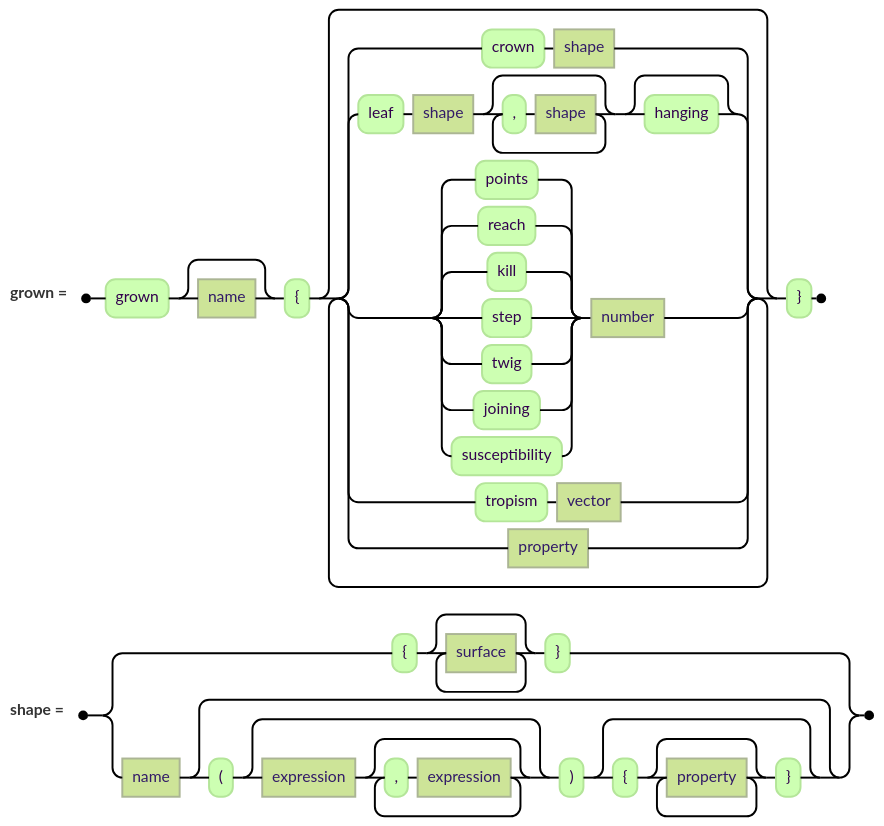
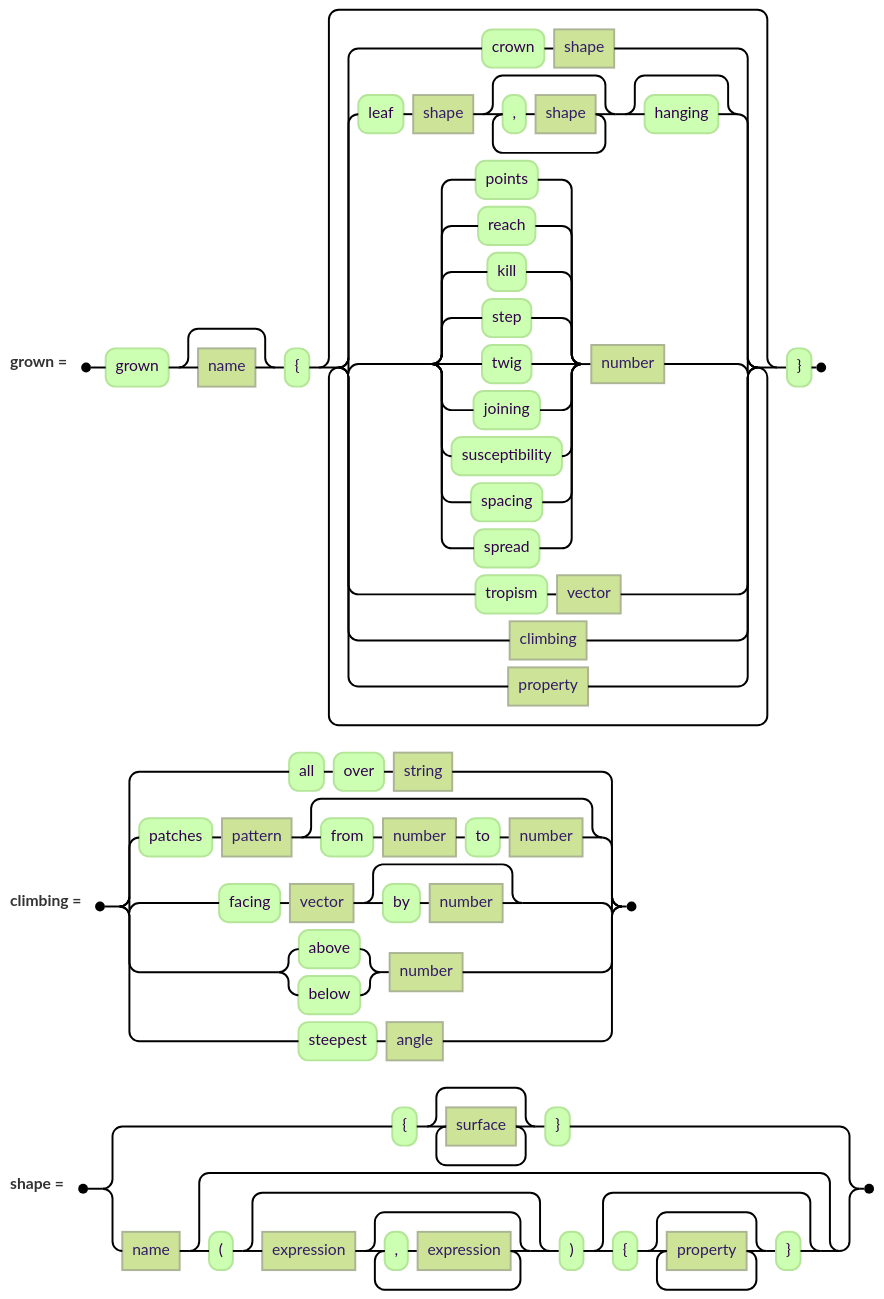
Before and after one commit to jskress/RayTracer: the diagram in docs/diagrams/advanced/grownClause.mmd, drawn with Mermaid (forest theme). The commit also changed 26 other files, not shown here.

```diff
--- a/docs/diagrams/advanced/grownClause.mmd
+++ b/docs/diagrams/advanced/grownClause.mmd
@@ -1,9 +1,12 @@
 railroad-ebnf-beta
 title "A grown tree"
 
 grown = "grown" [ name ] "{" { "crown" shape | "leaf" shape { "," shape } [ "hanging" ]
       | ( "points" | "reach" | "kill" | "step" | "twig" | "joining"
-        | "susceptibility" ) number | "tropism" vector | property } "}" ;
+        | "susceptibility" | "spacing" | "spread" ) number | "tropism" vector | climbing | property } "}" ;
+
+climbing = "all" "over" string | "patches" pattern [ "from" number "to" number ]
+         | "facing" vector [ "by" number ] | ( "above" | "below" ) number | "steepest" angle ;
 
 shape = "{" { surface } "}"
       | name [ "(" [ expression { "," expression } ] ")" [ "{" { property } "}" ] ] ;
```
